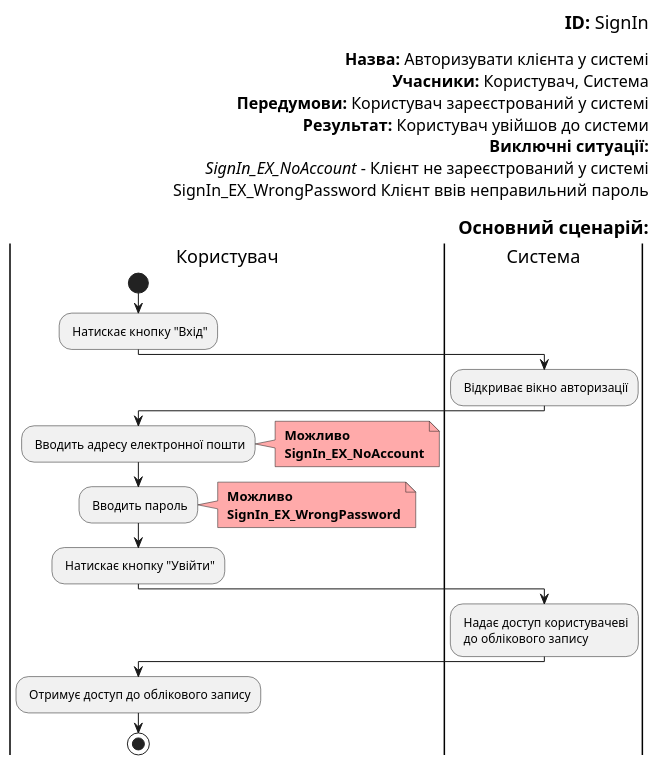
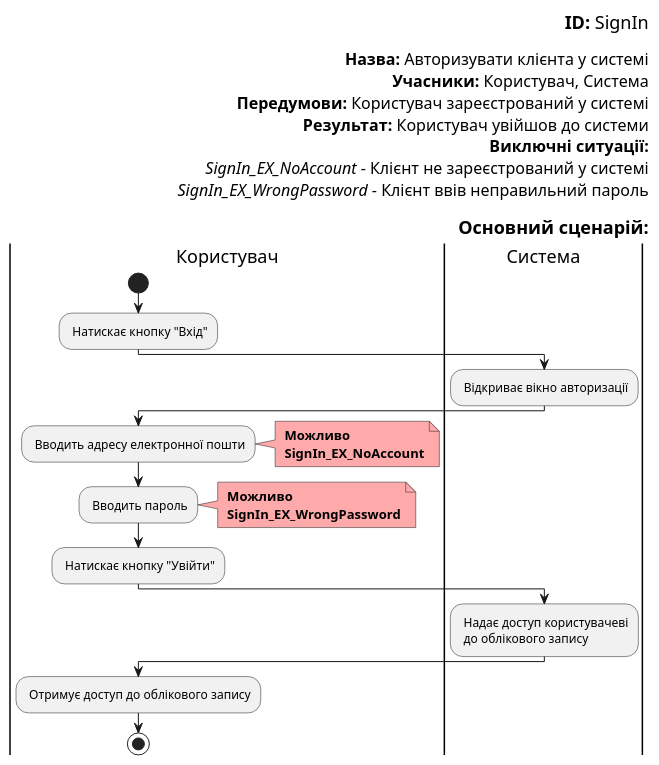
The seventh of 19 diagrams in docs/use cases/README.md (boldak/edu-db-cw), drawn with PlantUML before and after one commit. The commit also changed other lines of this file, not shown here.

```diff
--- a/docs/use cases/README.md
+++ b/docs/use cases/README.md
@@ -340,48 +340,48 @@
 @startuml
 
     right header        
         <font color=000 size=18><b>ID:</b> SignIn
 
         <font color=000 size=16><b>Назва:</b> Авторизувати клієнта у системі
         <font color=000 size=16><b>Учасники:</b> Користувач, Система
         <font color=000 size=16><b>Передумови:</b> Користувач зареєстрований у системі
         <font color=000 size=16><b>Результат:</b> Користувач увійшов до системи
         <font color=000 size=16><b>Виключні ситуації:</b>
         <font color=000 size=16> <i>SignIn_EX_NoAccount</i> - Клієнт не зареєстрований у системі
-        <font color=000 size=16> SignIn_EX_WrongPassword Клієнт ввів неправильний пароль
+        <font color=000 size=16> <i>SignIn_EX_WrongPassword</i> - Клієнт ввів неправильний пароль
         
         <font color=000 size=18><b>Основний сценарій:</b>
     end header
     
     |Користувач|
     start
     : Натискає кнопку "Вхід";
     
     |Система|
     : Відкриває вікно авторизації;
     
     |Користувач|
     : Вводить адресу електронної пошти;
     note right #ffaaaa
     <b> Можливо
     <b> SignIn_EX_NoAccount
     end note
         
     |Користувач|
     : Вводить пароль;
     note right #ffaaaa
     <b> Можливо
     <b> SignIn_EX_WrongPassword
     end note
     
     |Користувач|
     : Натискає кнопку "Увійти";
     
     |Система|
     : Надає доступ користувачеві\n до облікового запису;
     
     |Користувач|
     : Отримує доступ до облікового запису;
     stop;
     
 @enduml
```
